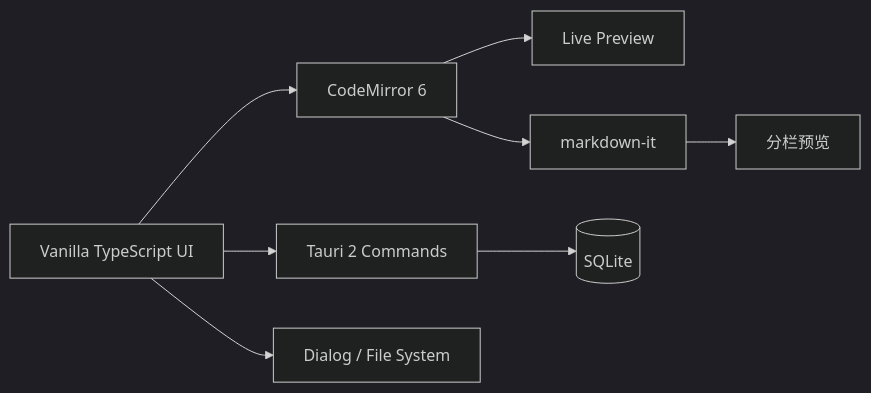
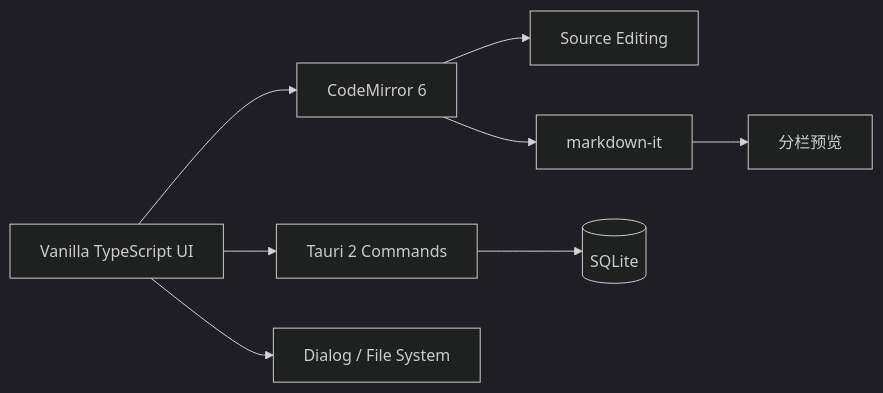
One commit to X1nLu/LightNote changed the diagram in README.md. Above: the diagram before and after it, drawn with Mermaid (dark theme). The commit also changed other lines of this file and 5 other files, not shown here.

````diff
--- a/README.md
+++ b/README.md
@@ -19,10 +19,10 @@
 ```mermaid
 flowchart LR
 	UI[Vanilla TypeScript UI] --> CM[CodeMirror 6]
-	CM --> LP[Live Preview]
+	CM --> Source[Source Editing]
 	CM --> MD[markdown-it]
 	MD --> Preview[分栏预览]
 	UI --> Tauri[Tauri 2 Commands]
 	Tauri --> SQLite[(SQLite)]
 	UI --> Files[Dialog / File System]
 ```
````
